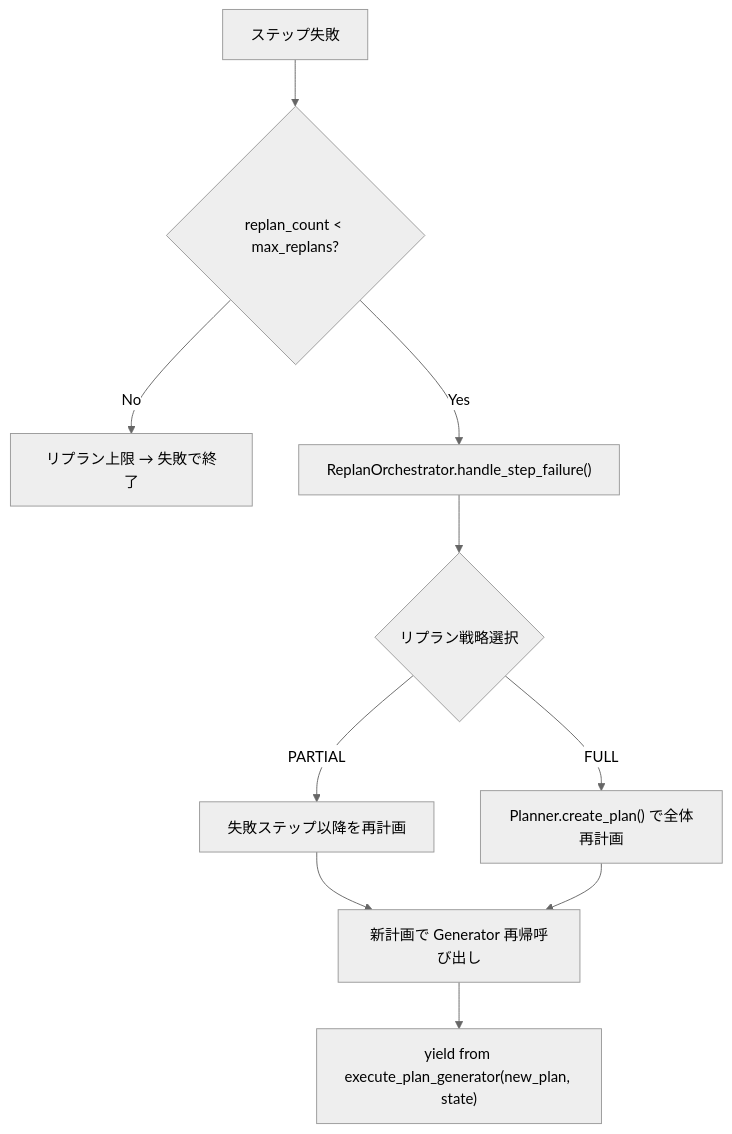
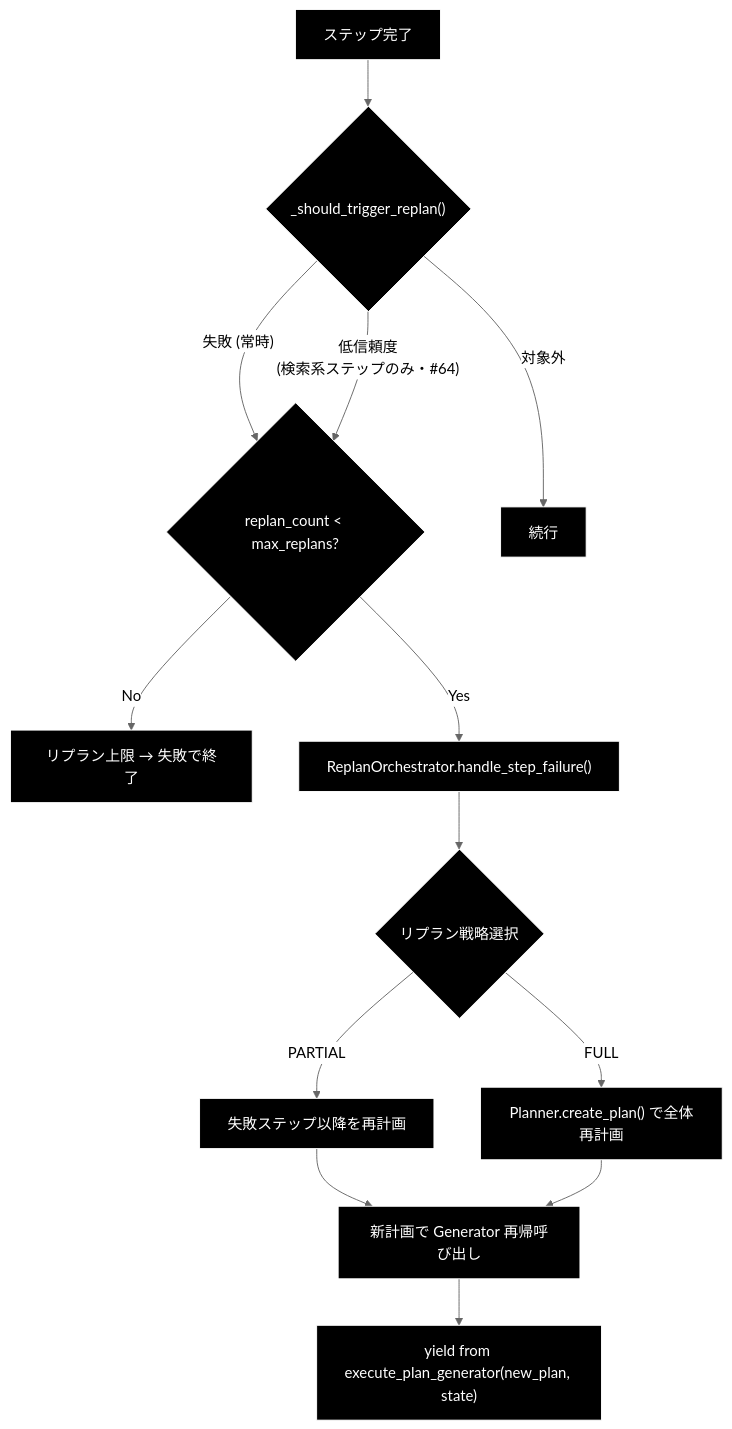
One commit to nakashima2toshio/openai_grace_agent changed diagram 11 of 13 in readme_autonomous_agent.md. Above: the diagram before and after it, drawn with Mermaid (neutral theme). The commit also changed other lines of this file and 4 other files, not shown here.

````diff
--- a/readme_autonomous_agent.md
+++ b/readme_autonomous_agent.md
@@ -1242,12 +1569,18 @@
 ```mermaid
 flowchart TB
-    A["ステップ失敗"] --> B{"replan_count < max_replans?"}
+    A["ステップ完了"] --> T{"_should_trigger_replan()"}
+    T -->|"失敗 (常時)"| B{"replan_count < max_replans?"}
+    T -->|"低信頼度<br/>(検索系ステップのみ・#64)"| B
+    T -->|対象外| Z["続行"]
     B -->|No| C["リプラン上限 → 失敗で終了"]
     B -->|Yes| D["ReplanOrchestrator.handle_step_failure()"]
     D --> E{"リプラン戦略選択"}
     E -->|PARTIAL| F["失敗ステップ以降を再計画"]
     E -->|FULL| G["Planner.create_plan() で全体再計画"]
     F --> H["新計画で Generator 再帰呼び出し"]
     G --> H
     H --> I["yield from execute_plan_generator(new_plan, state)"]
+classDef default fill:#000,stroke:#fff,color:#fff
+classDef subgraphStyle fill:#1a1a1a,stroke:#fff,color:#fff
+class A,T,B,C,D,E,F,G,H,I,Z default
 ```
````
